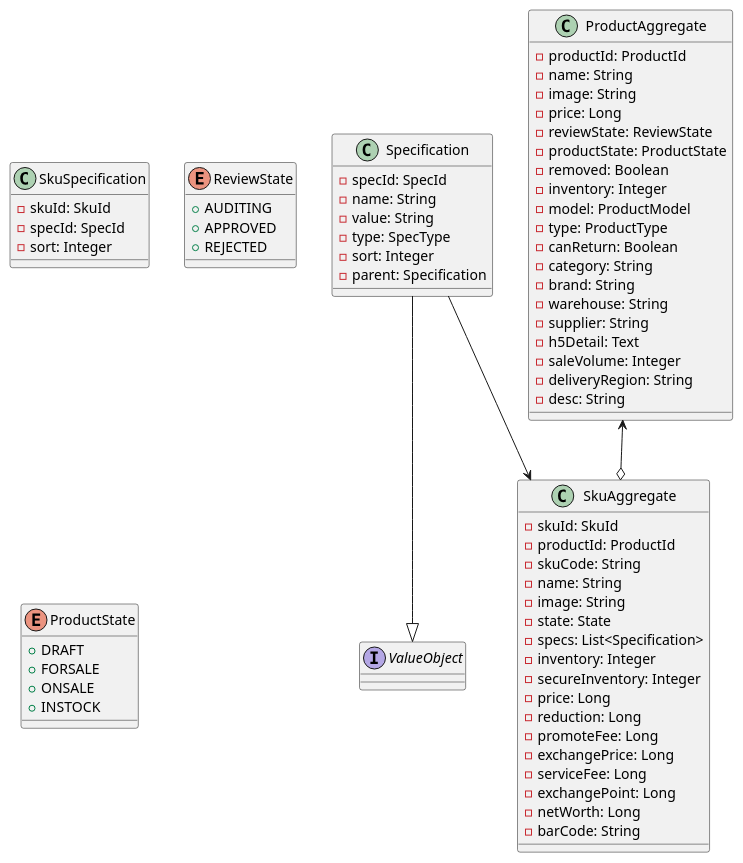
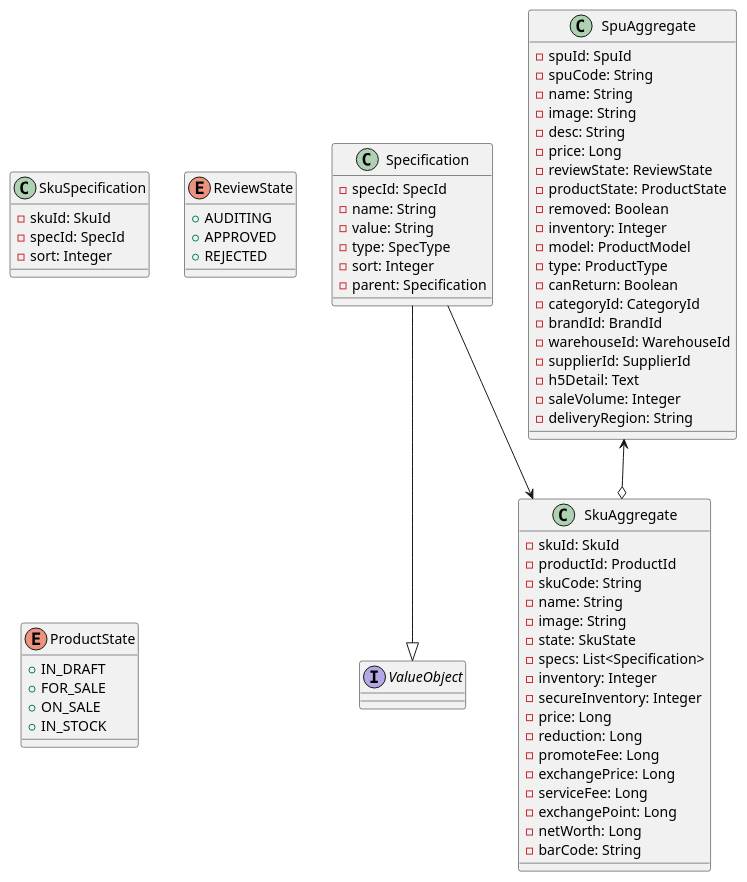
Before and after one commit to xgyb12458/dm-platform: the diagram in documents/dm-product/product_cls_core.puml, drawn with PlantUML. The commit also changed 13 other files, not shown here.

```diff
--- a/documents/dm-product/product_cls_core.puml
+++ b/documents/dm-product/product_cls_core.puml
@@ -1,81 +1,82 @@
 @startuml
 
 interface ValueObject {
 }
-class ProductAggregate {
-    - productId: ProductId
+class SpuAggregate {
+    - spuId: SpuId
+    - spuCode: String
     - name: String
     - image: String
+    - desc: String
     - price: Long
     - reviewState: ReviewState
     - productState: ProductState
     - removed: Boolean
     - inventory: Integer
     - model: ProductModel
     - type: ProductType
     - canReturn: Boolean
-    - category: String
-    - brand: String
-    - warehouse: String
-    - supplier: String
+    - categoryId: CategoryId
+    - brandId: BrandId
+    - warehouseId: WarehouseId
+    - supplierId: SupplierId
     - h5Detail: Text
     - saleVolume: Integer
     - deliveryRegion: String
-    - desc: String
 '    - length: Long
 '    - width: Long
 '    - height: Long
 '    - weight: Long
 '    - boxNum: Integer
 }
 class SkuAggregate {
     - skuId: SkuId
     - productId: ProductId
     - skuCode: String
     - name: String
     - image: String
-    - state: State
+    - state: SkuState
     - specs: List<Specification>
     - inventory: Integer
     - secureInventory: Integer
     - price: Long
     - reduction: Long
     - promoteFee: Long
     - exchangePrice: Long
     - serviceFee: Long
     - exchangePoint: Long
     - netWorth: Long
     - barCode: String
 }
 class Specification {
     - specId: SpecId
     - name: String
     - value: String
     - type: SpecType
     - sort: Integer
     - parent: Specification
 }
 
 ' TABLE
 class SkuSpecification {
     - skuId: SkuId
     - specId: SpecId
     - sort: Integer
 }
 
 enum ReviewState {
     + AUDITING
     + APPROVED
     + REJECTED
 }
 enum ProductState {
-    + DRAFT
-    + FORSALE
-    + ONSALE
-    + INSTOCK
+    + IN_DRAFT
+    + FOR_SALE
+    + ON_SALE
+    + IN_STOCK
 }
-ProductAggregate <--o SkuAggregate
+SpuAggregate <--o SkuAggregate
 Specification --> SkuAggregate
 Specification --|> ValueObject
 
 @enduml
```
